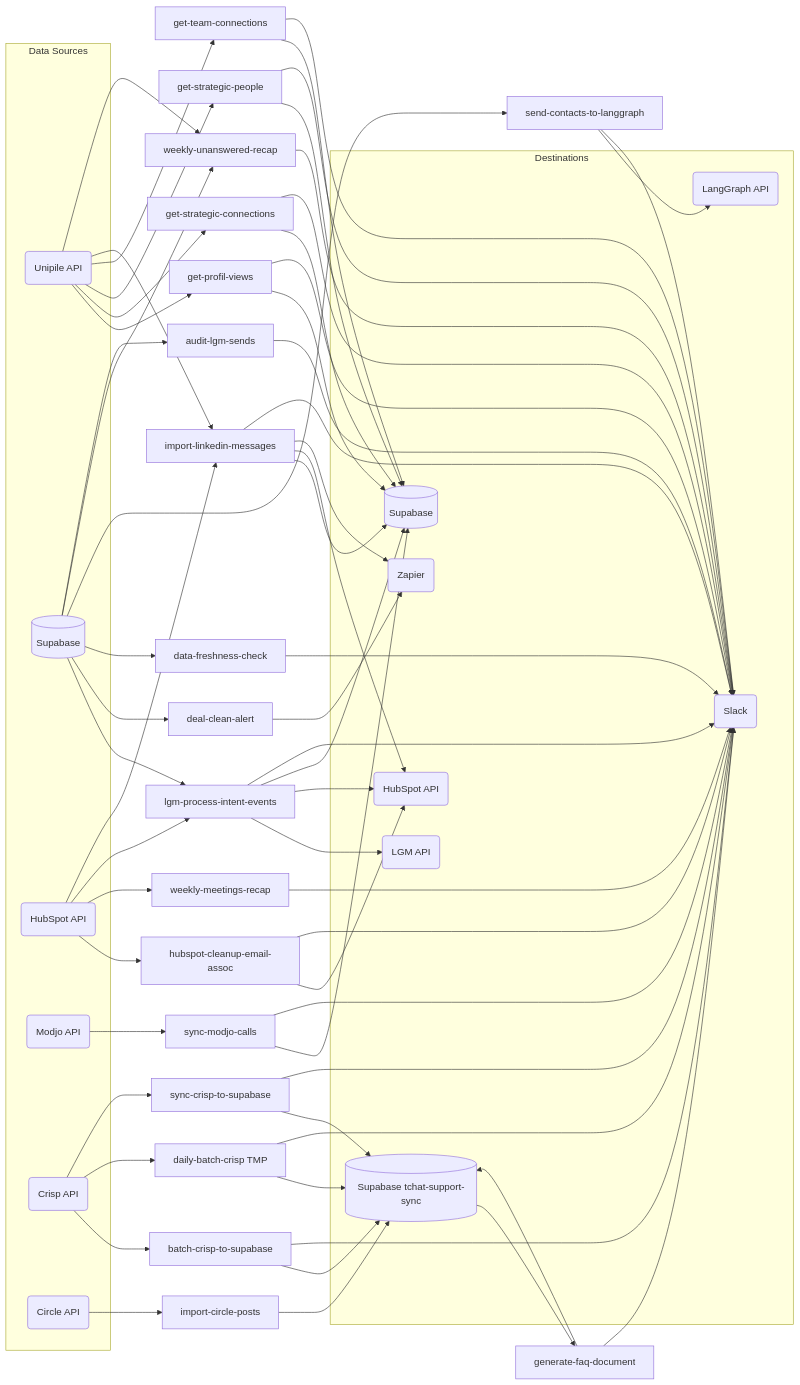
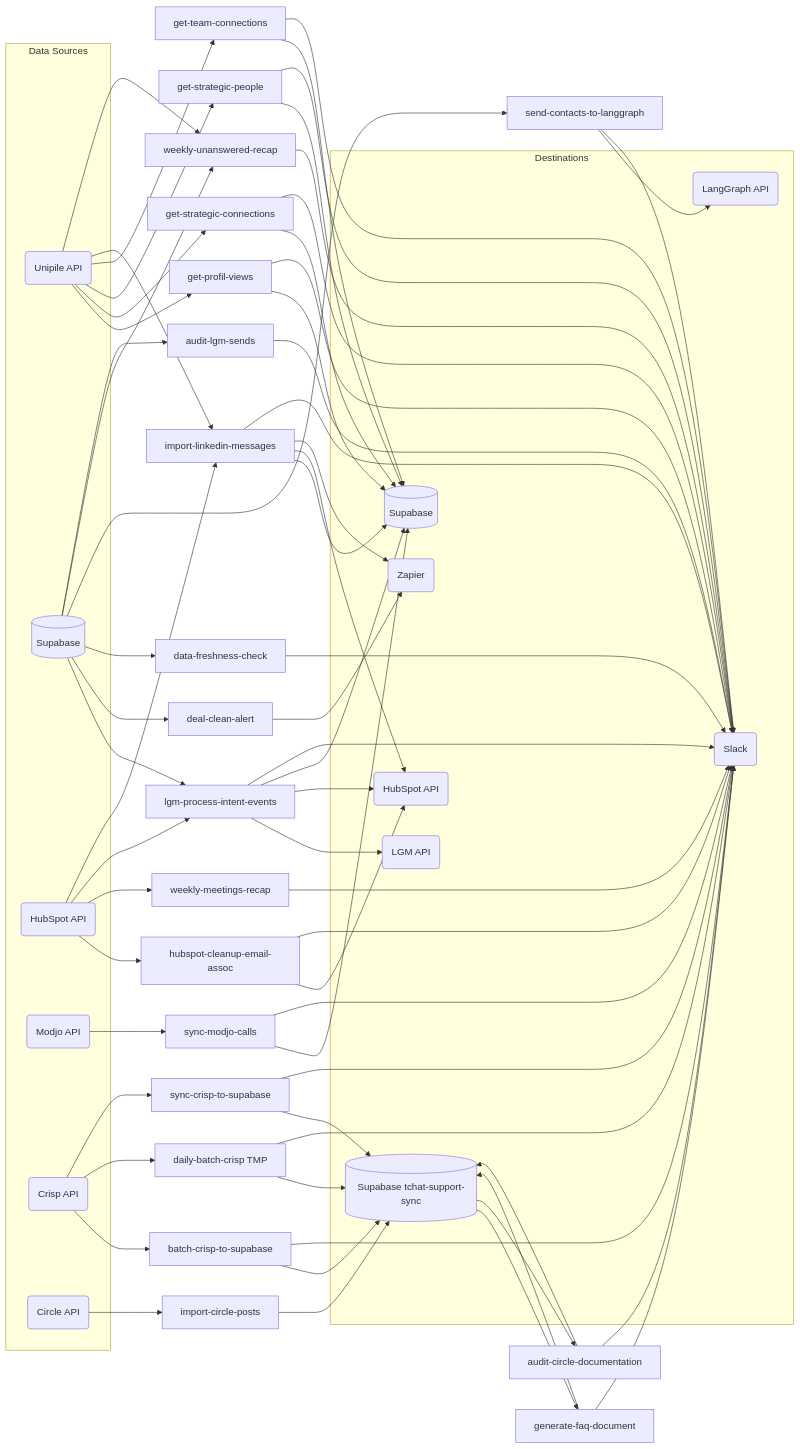
The first of 22 diagrams in CLAUDE.md (AirSaas/linkedin-scrapp), drawn with Mermaid before and after one commit. The commit also changed other lines of this file and 1 other file, not shown here.

First line of the commit message:
Fix payload undefined crash in audit task + update CLAUDE.md (#65)

````diff
--- a/CLAUDE.md
+++ b/CLAUDE.md
@@ -55,52 +56,54 @@
 ```mermaid
 flowchart LR
     subgraph src ["Data Sources"]
         UN(Unipile API)
         SB[(Supabase)]
         HS_I(HubSpot API)
         MJ(Modjo API)
         CR(Crisp API)
         CI(Circle API)
     end
 
     subgraph dst ["Destinations"]
         LGM_O(LGM API)
         HS_O(HubSpot API)
         SB_O[(Supabase)]
         SB_CR[(Supabase tchat-support-sync)]
         SL(Slack)
         ZP(Zapier)
         LG(LangGraph API)
     end
 
     UN --> GPV[get-profil-views] & GSC[get-strategic-connections] & GSP[get-strategic-people] & GTC[get-team-connections] & ILM[import-linkedin-messages]
     SB --> LPI[lgm-process-intent-events] & DCA[deal-clean-alert] & DFC[data-freshness-check] & SCL[send-contacts-to-langgraph]
     HS_I --> HCE[hubspot-cleanup-email-assoc] & WMR[weekly-meetings-recap] & LPI & ILM
     MJ --> SMC[sync-modjo-calls]
     CR --> BCS[batch-crisp-to-supabase] & DBCS[daily-batch-crisp TMP] & SCS[sync-crisp-to-supabase]
     SB --> WUR[weekly-unanswered-recap]
     UN --> WUR
 
     GPV --> SB_O & SL
     GSC --> SB_O & SL
     GSP --> SB_O & SL
     GTC --> SB_O & SL
     LPI --> LGM_O & HS_O & SB_O & SL
     SB --> ALS[audit-lgm-sends]
     ALS --> SL
     HCE --> HS_O & SL
     ILM --> SB_O & HS_O & ZP & SL
     WMR --> SL
     DCA --> ZP
     DFC --> SL
     SMC --> SB_O & SL
     SCL --> LG & SL
     BCS --> SB_CR & SL
     DBCS --> SB_CR & SL
     SCS --> SB_CR & SL
     CI --> ICP[import-circle-posts]
     ICP --> SB_CR
     SB_CR --> GFD[generate-faq-document]
     GFD --> SB_CR & SL
+    SB_CR --> ACD[audit-circle-documentation]
+    ACD --> SB_CR & SL
     WUR --> SL
 ```
````
